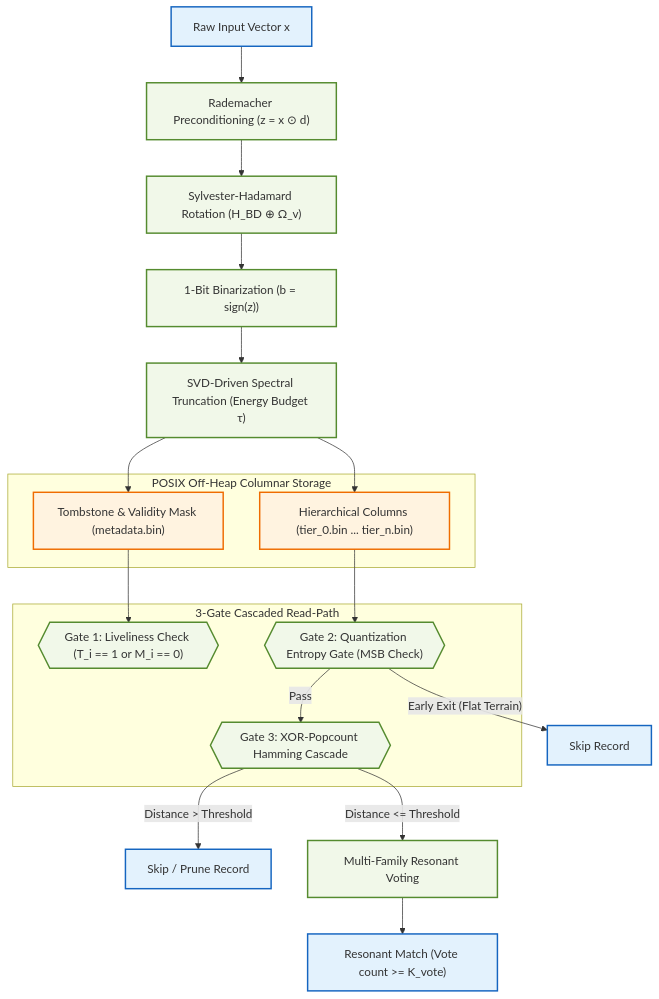
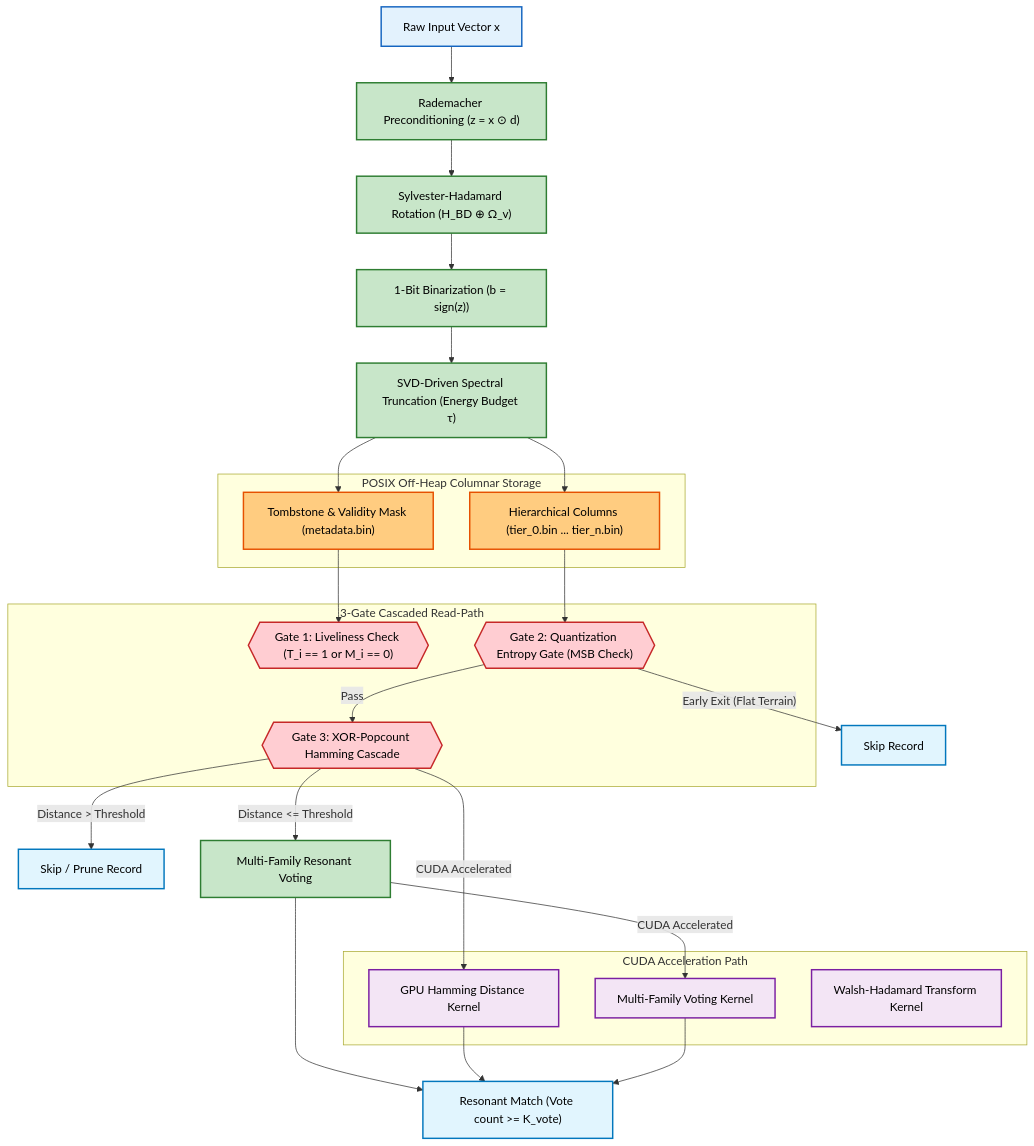
One commit to F1nnSBK/lcvk changed the diagram in README.md. Above: the diagram before and after it, drawn with Mermaid. The commit also changed other lines of this file, not shown here.

Commit message:
feat: add CUDA acceleration support for Hamming distance and voting operations with updated documentation and project structure.

````diff
--- a/README.md
+++ b/README.md
@@ -34,34 +38,47 @@
 ```mermaid
 graph TD
-    classDef main fill:#e3f2fd,stroke:#1565c0,stroke-width:2px;
-    classDef step fill:#f1f8e9,stroke:#558b2f,stroke-width:2px;
-    classDef storage fill:#fff3e0,stroke:#ef6c00,stroke-width:2px;
+    classDef input fill:#e3f2fd,stroke:#1565c0,stroke-width:2px,color:#000;
+    classDef transform fill:#c8e6c9,stroke:#2e7d32,stroke-width:2px,color:#000;
+    classDef storage fill:#ffcc80,stroke:#e65100,stroke-width:2px,color:#000;
+    classDef gate fill:#ffcdd2,stroke:#c62828,stroke-width:2px,color:#000;
+    classDef cuda fill:#f3e5f5,stroke:#7b1fa2,stroke-width:2px,color:#000;
+    classDef output fill:#e1f5fe,stroke:#0277bd,stroke-width:2px,color:#000;
     
-    A[Raw Input Vector x]:::main --> B["Rademacher Preconditioning (z = x ⊙ d)"]:::step
-    B --> C["Sylvester-Hadamard Rotation (H_BD ⊕ Ω_v)"]:::step
-    C --> D["1-Bit Binarization (b = sign(z))"]:::step
-    D --> E["SVD-Driven Spectral Truncation (Energy Budget τ)"]:::step
+    A[Raw Input Vector x]:::input --> B["Rademacher Preconditioning (z = x ⊙ d)"]:::transform
+    B --> C["Sylvester-Hadamard Rotation (H_BD ⊕ Ω_v)"]:::transform
+    C --> D["1-Bit Binarization (b = sign(z))"]:::transform
+    D --> E["SVD-Driven Spectral Truncation (Energy Budget τ)"]:::transform
     
     subgraph Storage Layer [POSIX Off-Heap Columnar Storage]
         F["Tombstone & Validity Mask (metadata.bin)"]:::storage
         G["Hierarchical Columns (tier_0.bin ... tier_n.bin)"]:::storage
     end
     
     E --> F
     E --> G
     
     subgraph Read Path [3-Gate Cascaded Read-Path]
-        H{{"Gate 1: Liveliness Check (T_i == 1 or M_i == 0)"}}:::step
-        I{{"Gate 2: Quantization Entropy Gate (MSB Check)"}}:::step
-        J{{"Gate 3: XOR-Popcount Hamming Cascade"}}:::step
+        H{{"Gate 1: Liveliness Check (T_i == 1 or M_i == 0)"}}:::gate
+        I{{"Gate 2: Quantization Entropy Gate (MSB Check)"}}:::gate
+        J{{"Gate 3: XOR-Popcount Hamming Cascade"}}:::gate
+    end
+    
+    subgraph "CUDA Acceleration Path"
+        J2["GPU Hamming Distance Kernel"]:::cuda
+        M2["Multi-Family Voting Kernel"]:::cuda
+        W2["Walsh-Hadamard Transform Kernel"]:::cuda
     end
     
     F --> H
     G --> I
-    I -- "Early Exit (Flat Terrain)" --> K[Skip Record]:::main
+    I -- "Early Exit (Flat Terrain)" --> K[Skip Record]:::output
     I -- "Pass" --> J
-    J -- "Distance > Threshold" --> L[Skip / Prune Record]:::main
-    J -- "Distance <= Threshold" --> M[Multi-Family Resonant Voting]:::step
+    J -- "Distance > Threshold" --> L[Skip / Prune Record]:::output
+    J -- "Distance <= Threshold" --> M[Multi-Family Resonant Voting]:::transform
+    J -- "CUDA Accelerated" --> J2
+    M -- "CUDA Accelerated" --> M2
     
-    M --> N["Resonant Match (Vote count >= K_vote)"]:::main
+    M --> N["Resonant Match (Vote count >= K_vote)"]:::output
+    J2 --> N
+    M2 --> N
 ```
````
